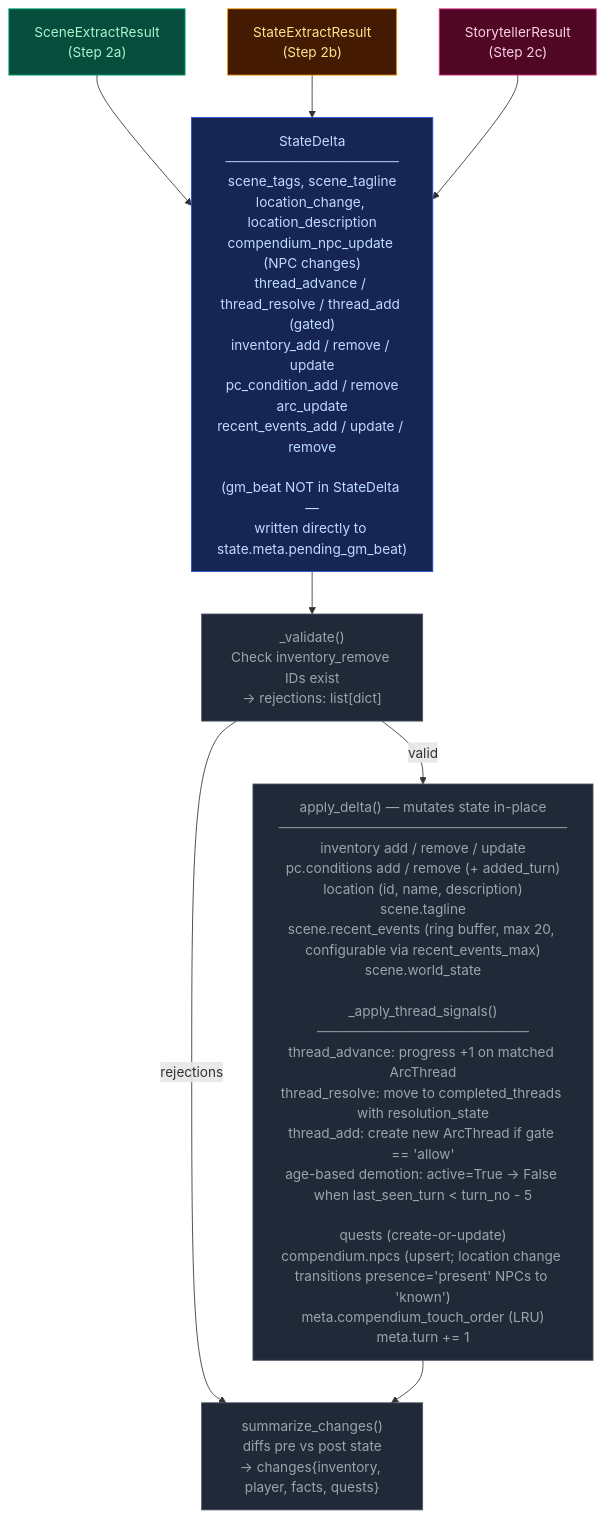
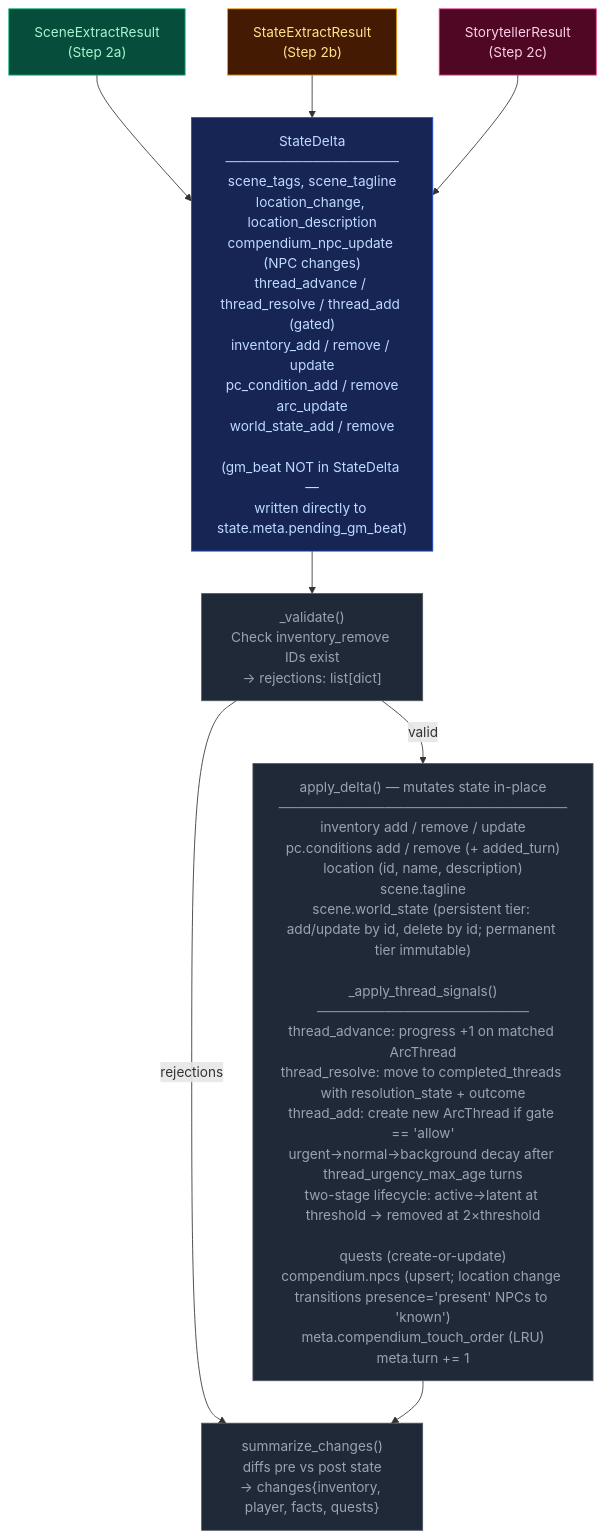
One commit to pww217/fablethread changed the diagram in docs/architecture/delta-validate.md. Above: the diagram before and after it, drawn with Mermaid. The commit also changed 8 other files, not shown here.

First line of the commit message:
Phase 5: Documentation cleanup — update all architecture docs to match Phase 0–4 production state

````diff
--- a/docs/architecture/delta-validate.md
+++ b/docs/architecture/delta-validate.md
@@ -7,28 +7,28 @@
 ```mermaid
 flowchart TD
     classDef stageScene    fill:#064e3b,color:#a7f3d0,stroke:#10b981
     classDef stageState    fill:#451a03,color:#fde68a,stroke:#f59e0b
     classDef stageProgress fill:#500724,color:#fbcfe8,stroke:#ec4899
     classDef pyNode        fill:#1f2937,color:#9ca3af,stroke:#4b5563
     classDef mergeNode     fill:#172554,color:#bfdbfe,stroke:#1d4ed8
 
     SR1["SceneExtractResult<br>(Step 2a)"]:::stageScene
     SR2["StateExtractResult<br>(Step 2b)"]:::stageState
     SR3["StorytellerResult<br>(Step 2c)"]:::stageProgress
 
-    MERGE["StateDelta<br>──────────────────<br>scene_tags, scene_tagline<br>location_change, location_description<br>compendium_npc_update (NPC changes)<br>thread_advance / thread_resolve / thread_add (gated)<br>inventory_add / remove / update<br>pc_condition_add / remove<br>arc_update<br>recent_events_add / update / remove<br><br>(gm_beat NOT in StateDelta —<br>written directly to state.meta.pending_gm_beat)"]:::mergeNode
+    MERGE["StateDelta<br>──────────────────<br>scene_tags, scene_tagline<br>location_change, location_description<br>compendium_npc_update (NPC changes)<br>thread_advance / thread_resolve / thread_add (gated)<br>inventory_add / remove / update<br>pc_condition_add / remove<br>arc_update<br>world_state_add / remove<br><br>(gm_beat NOT in StateDelta —<br>written directly to state.meta.pending_gm_beat)"]:::mergeNode
 
     VALIDATE["_validate()<br>Check inventory_remove IDs exist<br>→ rejections: list[dict]"]:::pyNode
 
-    APPLY["apply_delta() — mutates state in-place<br>──────────────────────────────<br>inventory add / remove / update<br>pc.conditions add / remove (+ added_turn)<br>location (id, name, description)<br>scene.tagline<br>scene.recent_events (ring buffer, max 20, configurable via recent_events_max)<br>scene.world_state<br><br>_apply_thread_signals()<br>──────────────────────<br>thread_advance: progress +1 on matched ArcThread<br>thread_resolve: move to completed_threads with resolution_state<br>thread_add: create new ArcThread if gate == 'allow'<br>age-based demotion: active=True → False when last_seen_turn < turn_no - 5<br><br>quests (create-or-update)<br>compendium.npcs (upsert; location change transitions presence='present' NPCs to 'known')<br>meta.compendium_touch_order (LRU)<br>meta.turn += 1"]:::pyNode
+    APPLY["apply_delta() — mutates state in-place<br>──────────────────────────────<br>inventory add / remove / update<br>pc.conditions add / remove (+ added_turn)<br>location (id, name, description)<br>scene.tagline<br>scene.world_state (persistent tier: add/update by id, delete by id; permanent tier immutable)<br><br>_apply_thread_signals()<br>──────────────────────<br>thread_advance: progress +1 on matched ArcThread<br>thread_resolve: move to completed_threads with resolution_state + outcome<br>thread_add: create new ArcThread if gate == 'allow'<br>urgent→normal→background decay after thread_urgency_max_age turns<br>two-stage lifecycle: active→latent at threshold → removed at 2×threshold<br><br>quests (create-or-update)<br>compendium.npcs (upsert; location change transitions presence='present' NPCs to 'known')<br>meta.compendium_touch_order (LRU)<br>meta.turn += 1"]:::pyNode
 
     DIFF["summarize_changes()<br>diffs pre vs post state<br>→ changes{inventory, player, facts, quests}"]:::pyNode
 
     SR1 --> MERGE
     SR2 --> MERGE
     SR3 --> MERGE
     MERGE --> VALIDATE
     VALIDATE -- "valid" --> APPLY
     VALIDATE -- "rejections" --> DIFF
     APPLY --> DIFF
 ```
````
